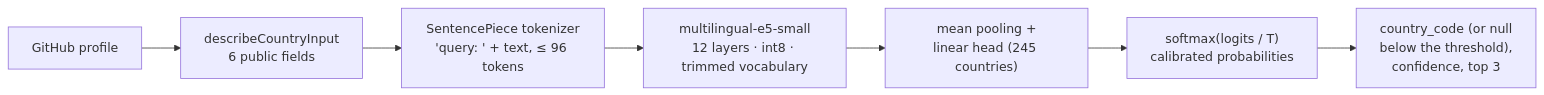
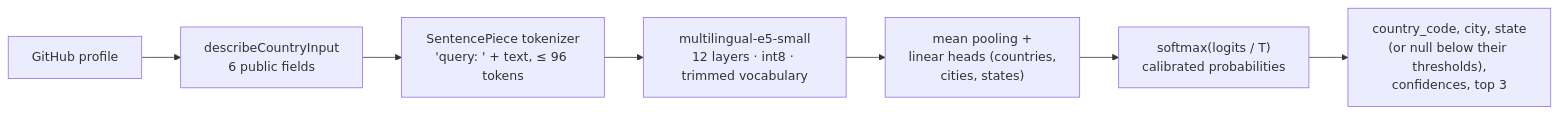
One commit to hsborges-msr/github-country-classifier changed the first of 2 diagrams in README.md. Above: the diagram before and after it, drawn with Mermaid. The commit also changed other lines of this file and 7 other files, not shown here.

First line of the commit message:
Ship the model with city and state heads (0.3.0)

````diff
--- a/README.md
+++ b/README.md
@@ -116,9 +129,9 @@
 ```mermaid
 flowchart LR
   P["GitHub profile"] --> I["describeCountryInput<br/>6 public fields"]
   I --> T["SentencePiece tokenizer<br/>'query: ' + text, ≤ 96 tokens"]
   T --> E["multilingual-e5-small<br/>12 layers · int8 · trimmed vocabulary"]
-  E --> H["mean pooling +<br/>linear head (245 countries)"]
+  E --> H["mean pooling +<br/>linear heads (countries,<br/>cities, states)"]
   H --> C["softmax(logits / T)<br/>calibrated probabilities"]
-  C --> A["country_code (or null<br/>below the threshold),<br/>confidence, top 3"]
+  C --> A["country_code, city, state<br/>(or null below their thresholds),<br/>confidences, top 3"]
 ```
````
